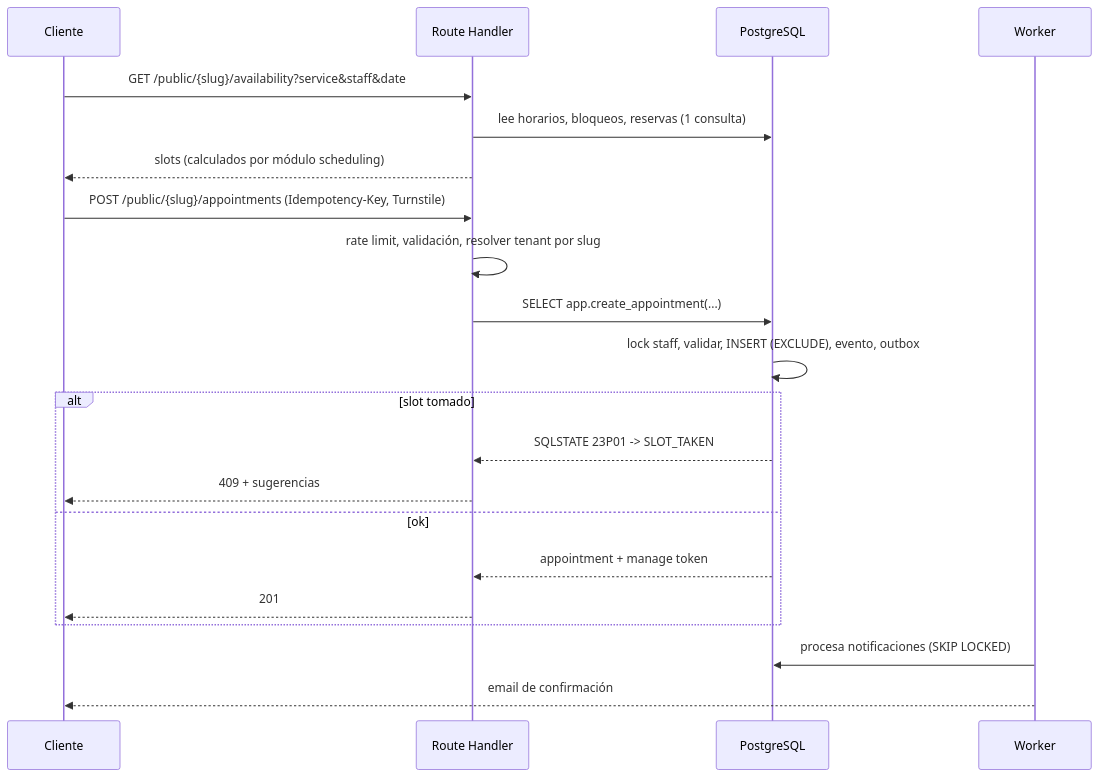
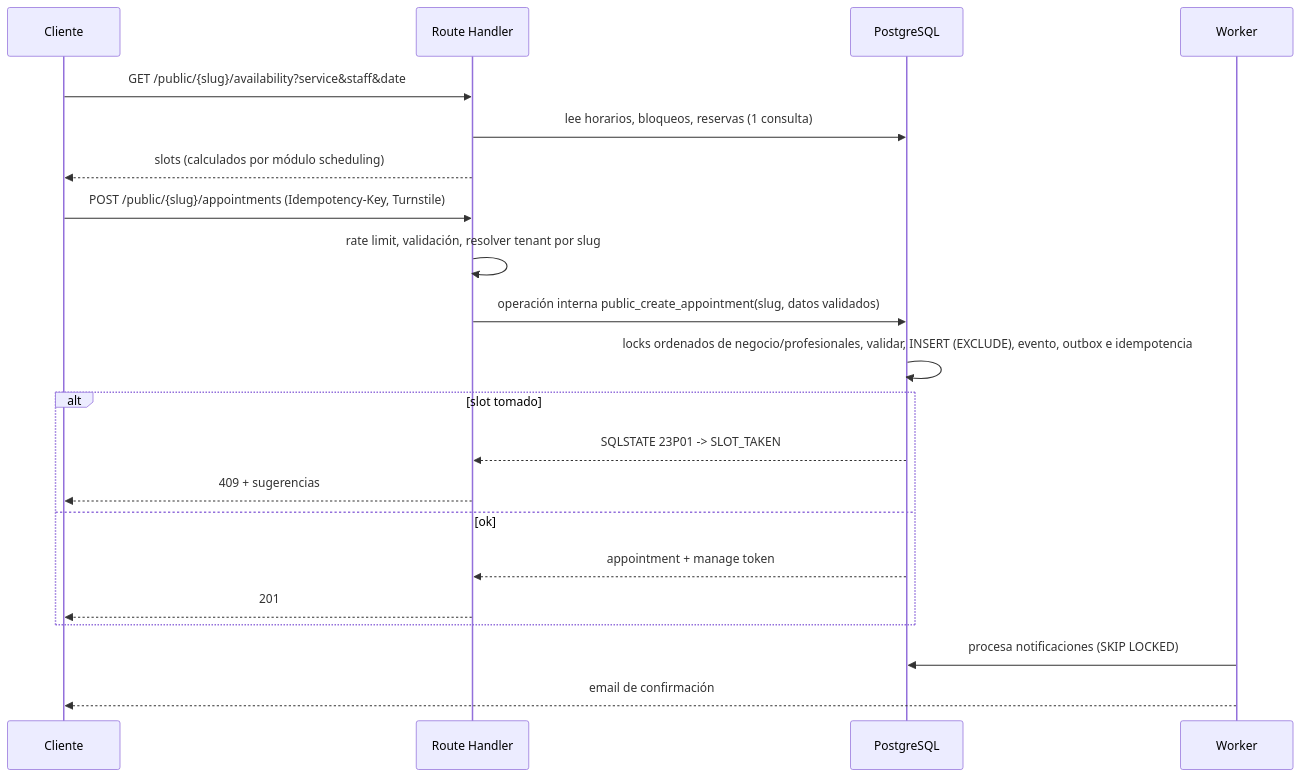
One commit to voviedomontana/TurnosMerivo changed the second of 2 diagrams in docs/03_SYSTEM_ARCHITECTURE.md. Above: the diagram before and after it, drawn with Mermaid. The commit also changed other lines of this file and 304 other files, not shown here.

````diff
--- a/docs/03_SYSTEM_ARCHITECTURE.md
+++ b/docs/03_SYSTEM_ARCHITECTURE.md
@@ -84,23 +91,23 @@
 ```mermaid
 sequenceDiagram
   participant C as Cliente
   participant API as Route Handler
   participant DB as PostgreSQL
   participant J as Worker
   C->>API: GET /public/{slug}/availability?service&staff&date
   API->>DB: lee horarios, bloqueos, reservas (1 consulta)
   API-->>C: slots (calculados por módulo scheduling)
   C->>API: POST /public/{slug}/appointments (Idempotency-Key, Turnstile)
   API->>API: rate limit, validación, resolver tenant por slug
-  API->>DB: SELECT app.create_appointment(...)
-  DB->>DB: lock staff, validar, INSERT (EXCLUDE), evento, outbox
+  API->>DB: operación interna public_create_appointment(slug, datos validados)
+  DB->>DB: locks ordenados de negocio/profesionales, validar, INSERT (EXCLUDE), evento, outbox e idempotencia
   alt slot tomado
     DB-->>API: SQLSTATE 23P01 -> SLOT_TAKEN
     API-->>C: 409 + sugerencias
   else ok
     DB-->>API: appointment + manage token
     API-->>C: 201
   end
   J->>DB: procesa notificaciones (SKIP LOCKED)
   J-->>C: email de confirmación
 ```
````
